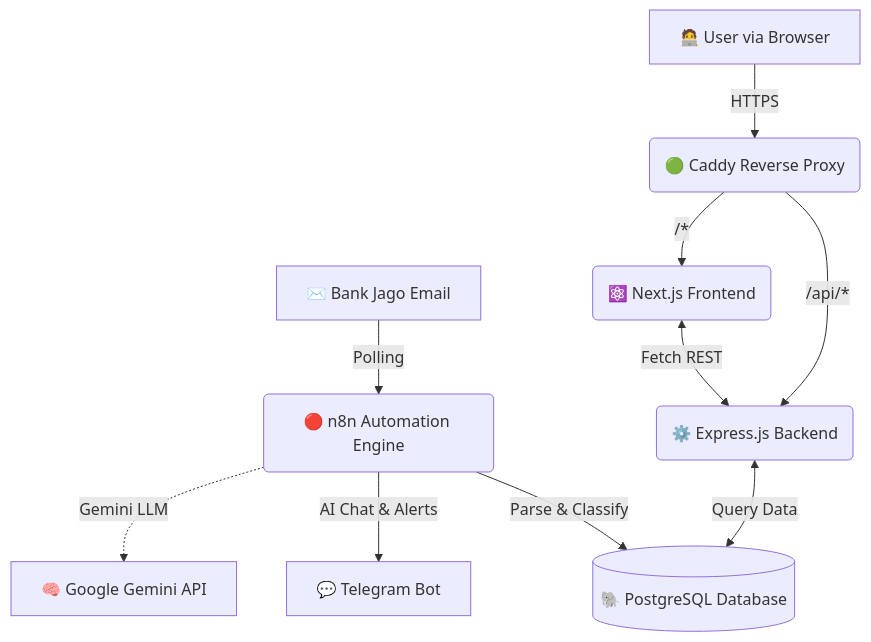
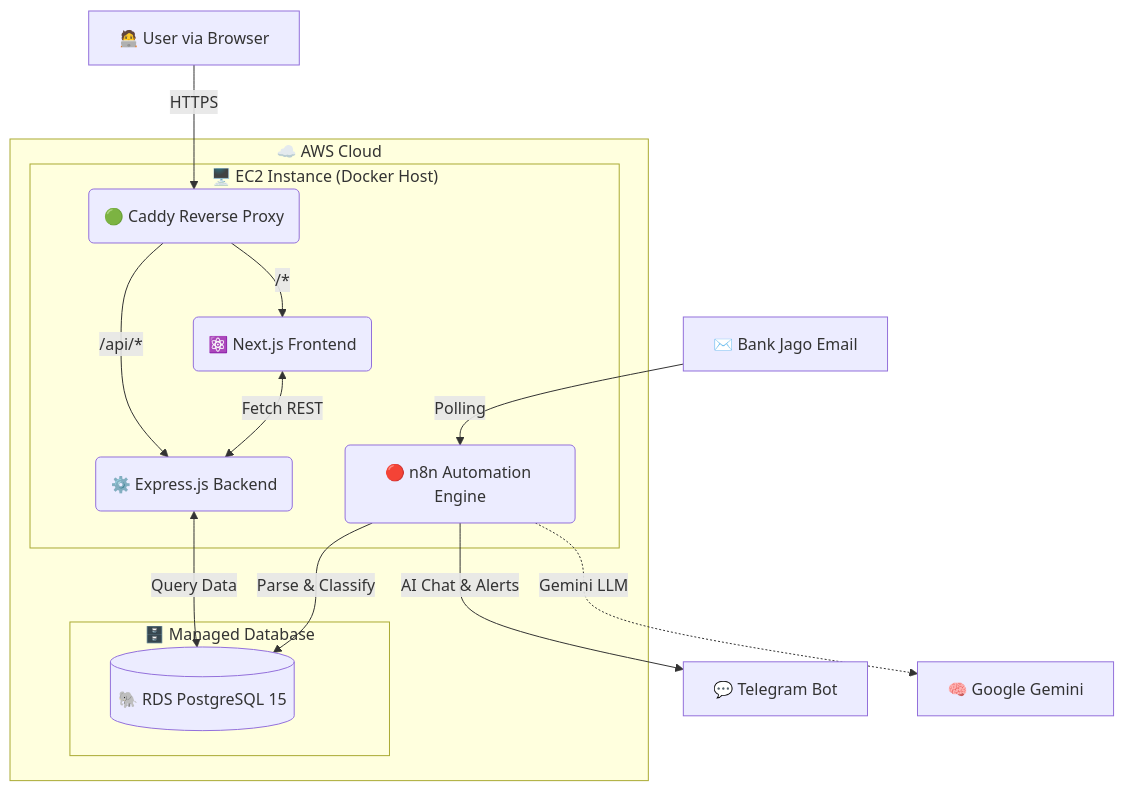
One commit to yusdar31/money-tracking-n8n changed the diagram in README.md. Above: the diagram before and after it, drawn with Mermaid.

Commit message:
docs: improve architecture diagram to include AWS Cloud and RDS boundary

````diff
--- a/README.md
+++ b/README.md
@@ -43,12 +43,27 @@
 ```mermaid
 graph TD
-    A[✉️ Bank Jago Email] -->|Polling| B(🔴 n8n Automation Engine)
-    B -->|Parse & Classify| C[(🐘 PostgreSQL Database)]
+    subgraph "☁️ AWS Cloud"
+        subgraph "🖥️ EC2 Instance (Docker Host)"
+            B(🔴 n8n Automation Engine)
+            G(⚙️ Express.js Backend)
+            H(⚛️ Next.js Frontend)
+            F(🟢 Caddy Reverse Proxy)
+            
+            F -->|/api/*| G
+            F -->|/*| H
+            H <-->|Fetch REST| G
+        end
+        
+        subgraph "🗄️ Managed Database"
+            C[(🐘 RDS PostgreSQL 15)]
+        end
+        
+        G <-->|Query Data| C
+        B -->|Parse & Classify| C
+    end
+
+    A[✉️ Bank Jago Email] -->|Polling| B
     B -->|AI Chat & Alerts| D[💬 Telegram Bot]
-    E[🧑‍💻 User via Browser] -->|HTTPS| F(🟢 Caddy Reverse Proxy)
-    F -->|/api/*| G(⚙️ Express.js Backend)
-    F -->|/*| H(⚛️ Next.js Frontend)
-    G <-->|Query Data| C
-    H <-->|Fetch REST| G
-    B -.->|Gemini LLM| I[🧠 Google Gemini API]
+    E[🧑‍💻 User via Browser] -->|HTTPS| F
+    B -.->|Gemini LLM| I[🧠 Google Gemini]
 ```
````
